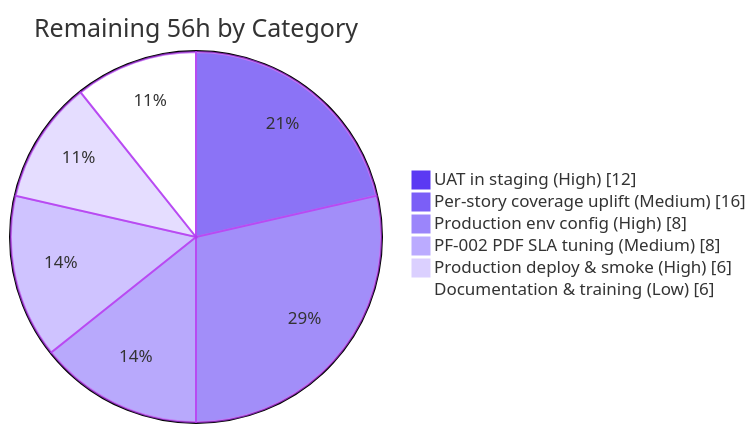
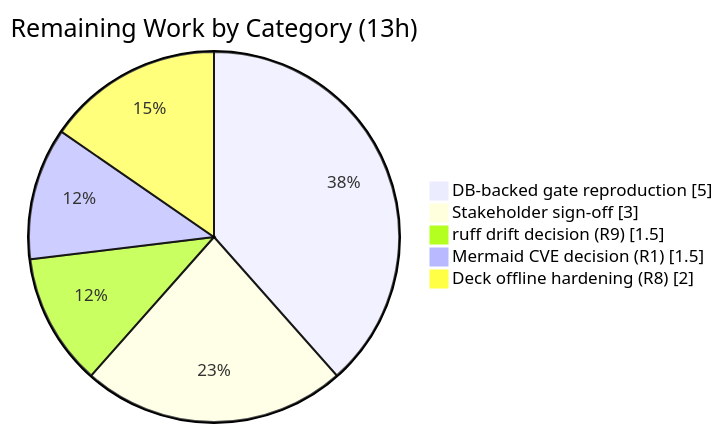
The third of 3 diagrams in blitzy/documentation/Project Guide.md (Blitzy-Sandbox/blitzy-odoo), drawn with Mermaid before and after one commit. The commit also changed other lines of this file, not shown here.

Commit message:
Adding Blitzy Project Guide: Project Status and Human Tasks Remaining

````diff
--- a/blitzy/documentation/Project Guide.md
+++ b/blitzy/documentation/Project Guide.md
@@ -404,10 +225,8 @@
 ```mermaid
-%%{init: {'theme':'base','themeVariables':{'pie1':'#5B39F3','pie2':'#7B5FF7','pie3':'#9B85FB','pie4':'#BBABFF','pie5':'#DBD0FF','pie6':'#FFFFFF','pieStrokeColor':'#B23AF2'}}}%%
-pie showData title Remaining 56h by Category
-    "UAT in staging (High)" : 12
-    "Per-story coverage uplift (Medium)" : 16
-    "Production env config (High)" : 8
-    "PF-002 PDF SLA tuning (Medium)" : 8
-    "Production deploy & smoke (High)" : 6
-    "Documentation & training (Low)" : 6
+pie showData title Remaining Work by Category (13h)
+    "DB-backed gate reproduction" : 5
+    "Stakeholder sign-off" : 3
+    "ruff drift decision (R9)" : 1.5
+    "Mermaid CVE decision (R1)" : 1.5
+    "Deck offline hardening (R8)" : 2
 ```
````
